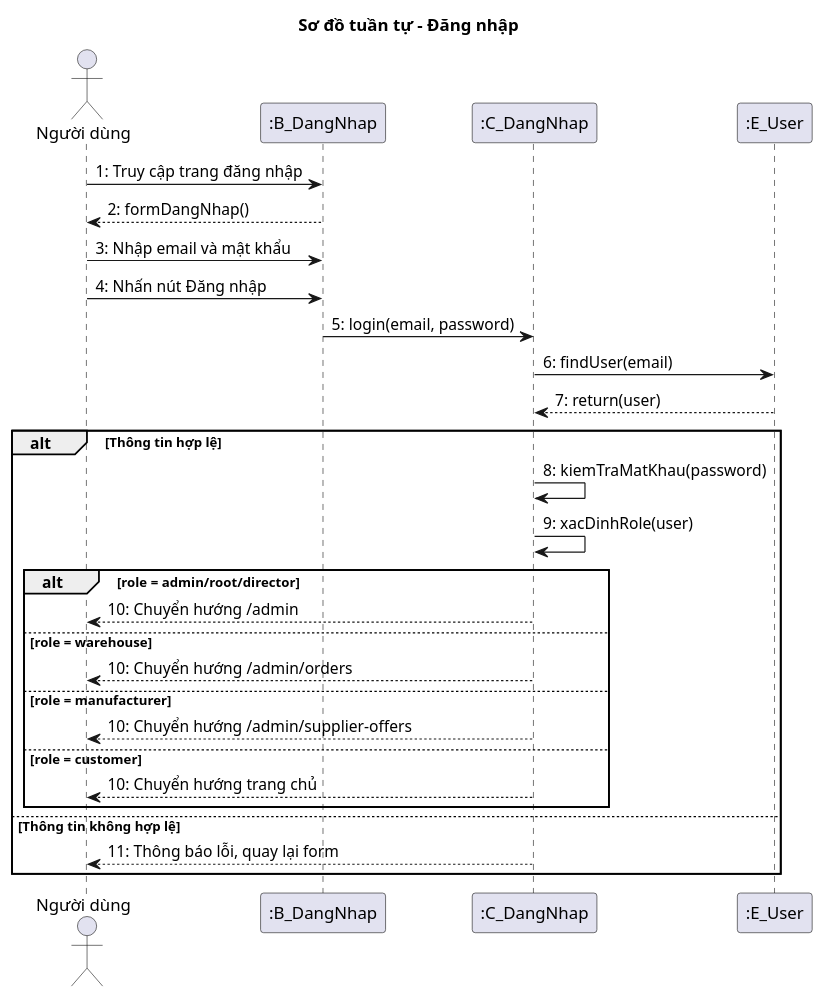
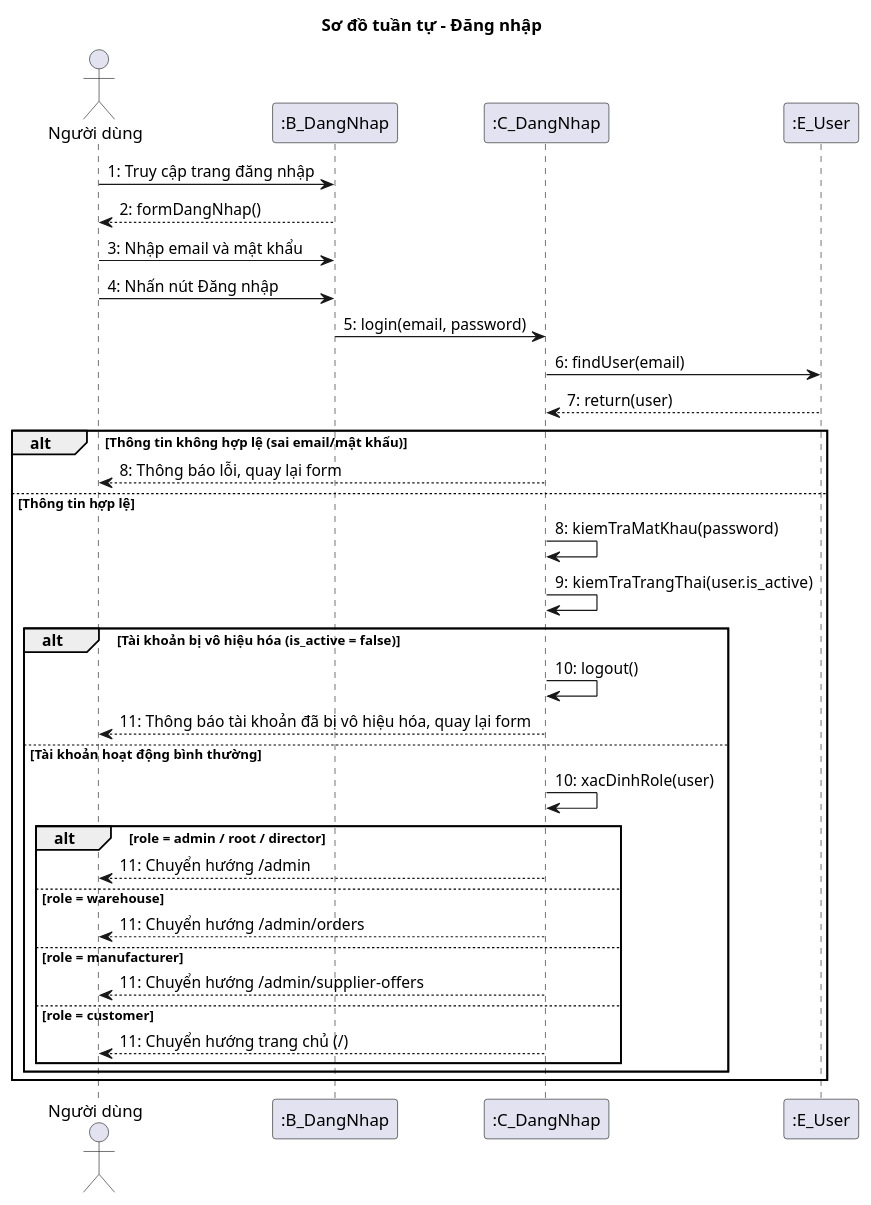
One commit to thien258/luanvantotnghiep changed the diagram in app/Http/doc/sequence/02-dang-nhap.puml. Above: the diagram before and after it, drawn with PlantUML. The commit also changed 59 other files, not shown here.

```diff
--- a/app/Http/doc/sequence/02-dang-nhap.puml
+++ b/app/Http/doc/sequence/02-dang-nhap.puml
@@ -1,32 +1,39 @@
 @startuml
 title Sơ đồ tuần tự - Đăng nhập
 
 actor "Người dùng" as KH
 participant ":B_DangNhap" as B
 participant ":C_DangNhap" as C
 participant ":E_User" as E
 
 KH -> B : 1: Truy cập trang đăng nhập
 B --> KH : 2: formDangNhap()
 KH -> B : 3: Nhập email và mật khẩu
 KH -> B : 4: Nhấn nút Đăng nhập
 B -> C : 5: login(email, password)
 C -> E : 6: findUser(email)
 E --> C : 7: return(user)
 
-alt Thông tin hợp lệ
+alt Thông tin không hợp lệ (sai email/mật khẩu)
+    C --> KH : 8: Thông báo lỗi, quay lại form
+else Thông tin hợp lệ
     C -> C : 8: kiemTraMatKhau(password)
-    C -> C : 9: xacDinhRole(user)
-    alt role = admin/root/director
-        C --> KH : 10: Chuyển hướng /admin
-    else role = warehouse
-        C --> KH : 10: Chuyển hướng /admin/orders
-    else role = manufacturer
-        C --> KH : 10: Chuyển hướng /admin/supplier-offers
-    else role = customer
-        C --> KH : 10: Chuyển hướng trang chủ
+    C -> C : 9: kiemTraTrangThai(user.is_active)
+
+    alt Tài khoản bị vô hiệu hóa (is_active = false)
+        C -> C : 10: logout()
+        C --> KH : 11: Thông báo tài khoản đã bị vô hiệu hóa, quay lại form
+    else Tài khoản hoạt động bình thường
+        C -> C : 10: xacDinhRole(user)
+        alt role = admin / root / director
+            C --> KH : 11: Chuyển hướng /admin
+        else role = warehouse
+            C --> KH : 11: Chuyển hướng /admin/orders
+        else role = manufacturer
+            C --> KH : 11: Chuyển hướng /admin/supplier-offers
+        else role = customer
+            C --> KH : 11: Chuyển hướng trang chủ (/)
+        end
     end
-else Thông tin không hợp lệ
-    C --> KH : 11: Thông báo lỗi, quay lại form
 end
 @enduml
```
